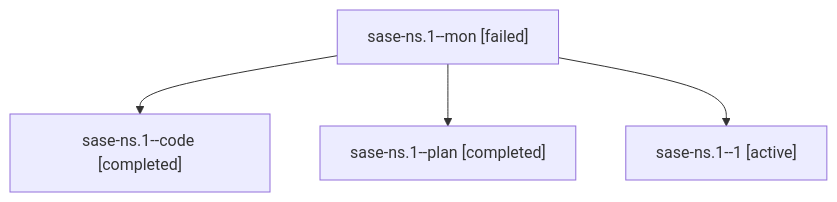
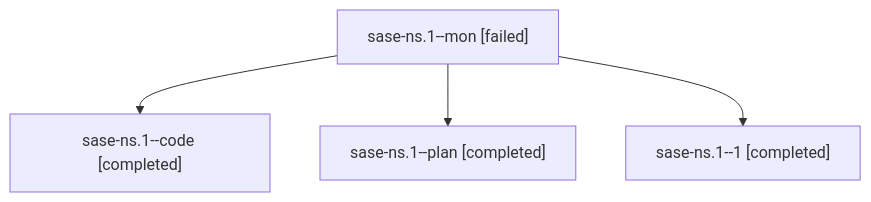
The diagram in families/bbugyi200.athena.sase-ns.1.md (sase-org/sase--agents), drawn with Mermaid before and after one commit. The commit also changed other lines of this file and 52 other files, not shown here.

````diff
--- a/families/bbugyi200.athena.sase-ns.1.md
+++ b/families/bbugyi200.athena.sase-ns.1.md
@@ -9,10 +9,10 @@
 ```mermaid
 flowchart TD
   n0["sase-ns.1--mon [failed]"]
   n1["sase-ns.1--code [completed]"]
   n0 --> n1
   n2["sase-ns.1--plan [completed]"]
   n0 --> n2
-  n3["sase-ns.1--1 [active]"]
+  n3["sase-ns.1--1 [completed]"]
   n0 --> n3
 ```
````
